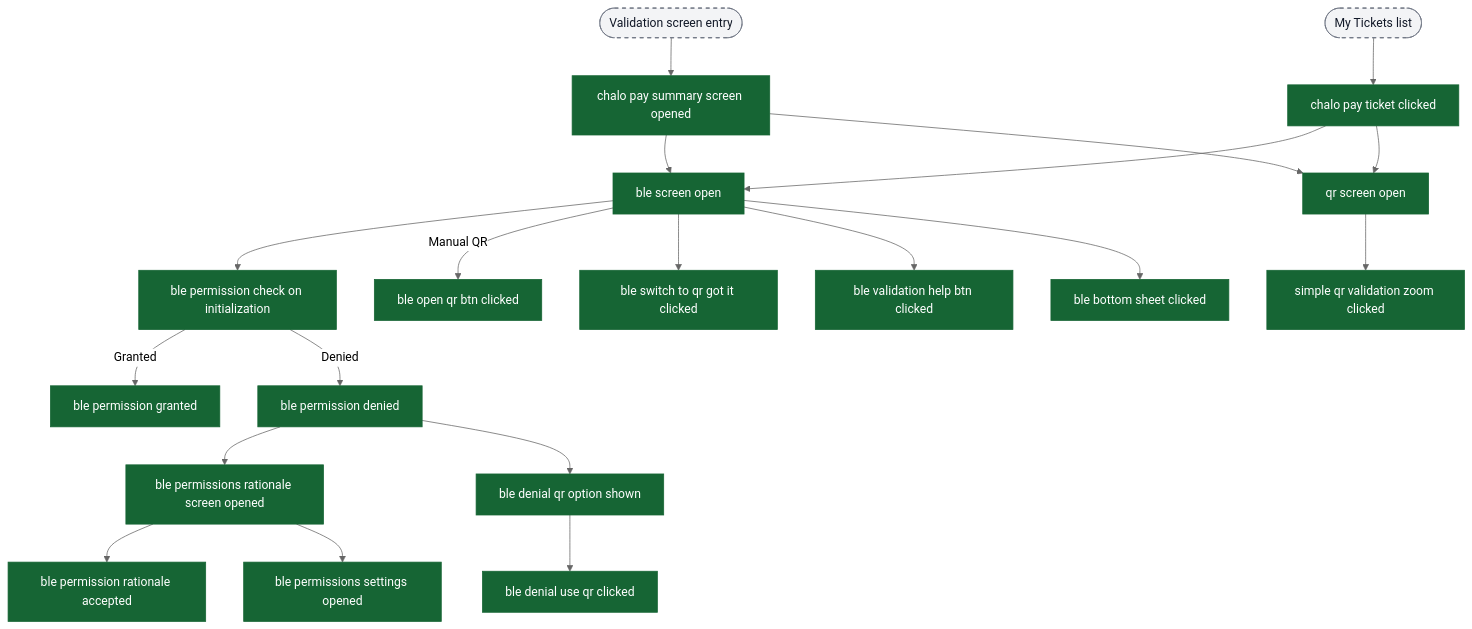
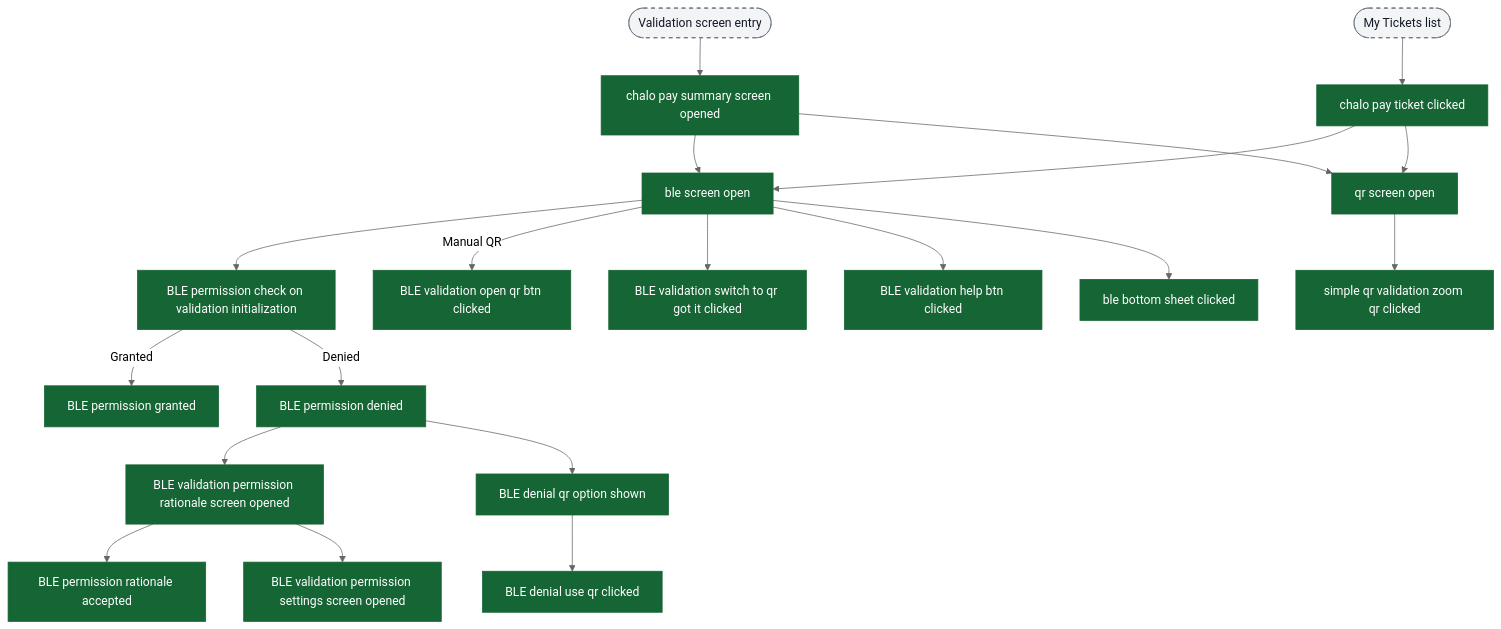
One commit to ratulsarna/chalo-app-dashboard changed the fourth of 9 diagrams in content/analytics/quick-pay/flow-diagrams.md. Above: the diagram before and after it, drawn with Mermaid (neutral theme). The commit also changed other lines of this file and 6 other files, not shown here.

First line of the commit message:
Refactor metro and quick-pay analytics flow diagrams and events

````diff
--- a/content/analytics/quick-pay/flow-diagrams.md
+++ b/content/analytics/quick-pay/flow-diagrams.md
@@ -87,36 +87,36 @@
 ```mermaid
 flowchart TD
   ui_validationEntry([Validation screen entry]) --> ev_summaryOpened["chalo pay summary screen opened"]
   ui_ticketList([My Tickets list]) --> ev_ticketClicked["chalo pay ticket clicked"]
 
   ev_summaryOpened --> ev_bleScreenOpen["ble screen open"]
   ev_summaryOpened --> ev_qrScreenOpen["qr screen open"]
   ev_ticketClicked --> ev_bleScreenOpen
   ev_ticketClicked --> ev_qrScreenOpen
 
-  ev_bleScreenOpen --> ev_permissionCheck["ble permission check on initialization"]
-  ev_permissionCheck -->|Granted| ev_permissionGranted["ble permission granted"]
-  ev_permissionCheck -->|Denied| ev_permissionDenied["ble permission denied"]
+  ev_bleScreenOpen --> ev_permissionCheck["BLE permission check on validation initialization"]
+  ev_permissionCheck -->|Granted| ev_permissionGranted["BLE permission granted"]
+  ev_permissionCheck -->|Denied| ev_permissionDenied["BLE permission denied"]
 
-  ev_permissionDenied --> ev_rationaleOpened["ble permissions rationale screen opened"]
-  ev_rationaleOpened --> ev_rationaleAccepted["ble permission rationale accepted"]
-  ev_rationaleOpened --> ev_settingsOpened["ble permissions settings opened"]
+  ev_permissionDenied --> ev_rationaleOpened["BLE validation permission rationale screen opened"]
+  ev_rationaleOpened --> ev_rationaleAccepted["BLE permission rationale accepted"]
+  ev_rationaleOpened --> ev_settingsOpened["BLE validation permission settings screen opened"]
 
-  ev_permissionDenied --> ev_qrOptionShown["ble denial qr option shown"]
-  ev_qrOptionShown --> ev_useQrClicked["ble denial use qr clicked"]
+  ev_permissionDenied --> ev_qrOptionShown["BLE denial qr option shown"]
+  ev_qrOptionShown --> ev_useQrClicked["BLE denial use qr clicked"]
 
-  ev_bleScreenOpen -->|Manual QR| ev_openQrClicked["ble open qr btn clicked"]
-  ev_bleScreenOpen --> ev_switchToQr["ble switch to qr got it clicked"]
+  ev_bleScreenOpen -->|Manual QR| ev_openQrClicked["BLE validation open qr btn clicked"]
+  ev_bleScreenOpen --> ev_switchToQr["BLE validation switch to qr got it clicked"]
 
-  ev_qrScreenOpen --> ev_qrZoomClicked["simple qr validation zoom clicked"]
+  ev_qrScreenOpen --> ev_qrZoomClicked["simple qr validation zoom qr clicked"]
 
-  ev_bleScreenOpen --> ev_helpClicked["ble validation help btn clicked"]
+  ev_bleScreenOpen --> ev_helpClicked["BLE validation help btn clicked"]
   ev_bleScreenOpen --> ev_bottomSheetClicked["ble bottom sheet clicked"]
 
   classDef event fill:#166534,stroke:#166534,color:#ffffff;
   classDef ui fill:#f3f4f6,stroke:#6b7280,stroke-dasharray: 5 5,color:#111827;
   classDef external fill:#ffffff,stroke:#6b7280,stroke-dasharray: 3 3,color:#111827;
 
   class ev_summaryOpened,ev_ticketClicked,ev_bleScreenOpen,ev_qrScreenOpen,ev_permissionCheck,ev_permissionGranted,ev_permissionDenied,ev_rationaleOpened,ev_rationaleAccepted,ev_settingsOpened,ev_qrOptionShown,ev_useQrClicked,ev_openQrClicked,ev_switchToQr,ev_qrZoomClicked,ev_helpClicked,ev_bottomSheetClicked event;
   class ui_validationEntry,ui_ticketList ui;
 ```
````
